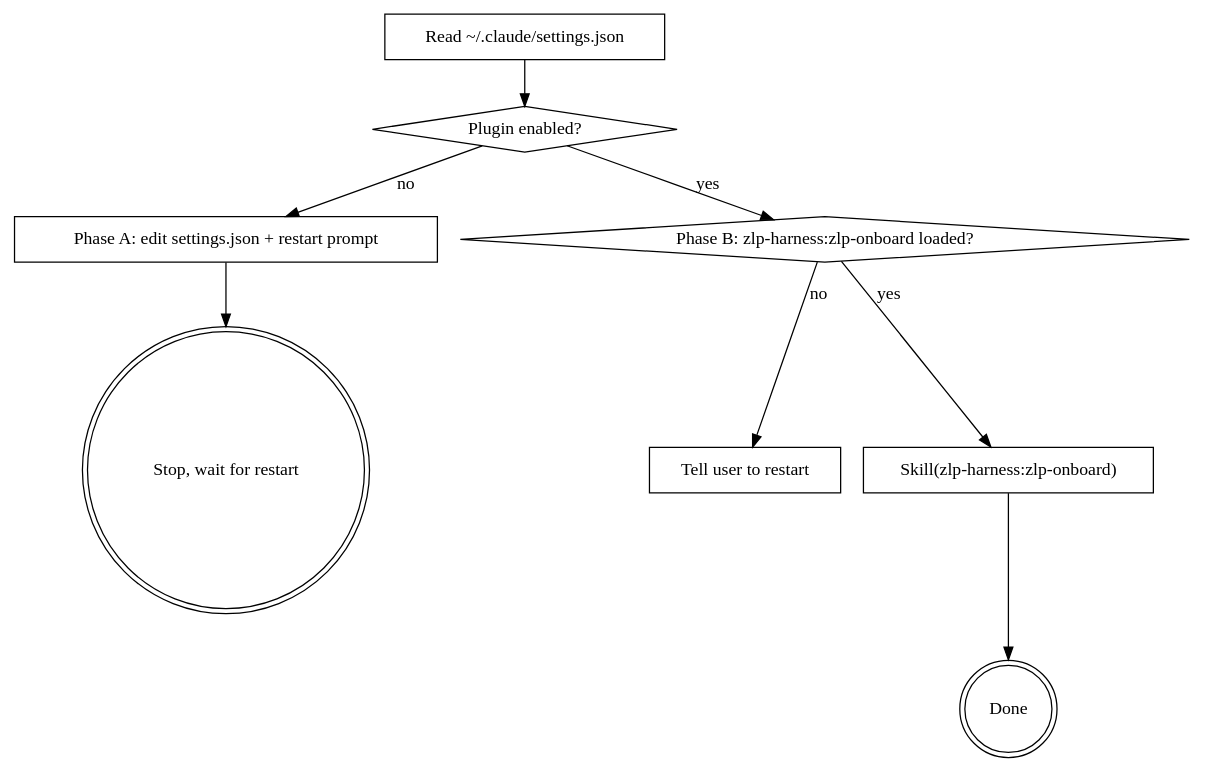
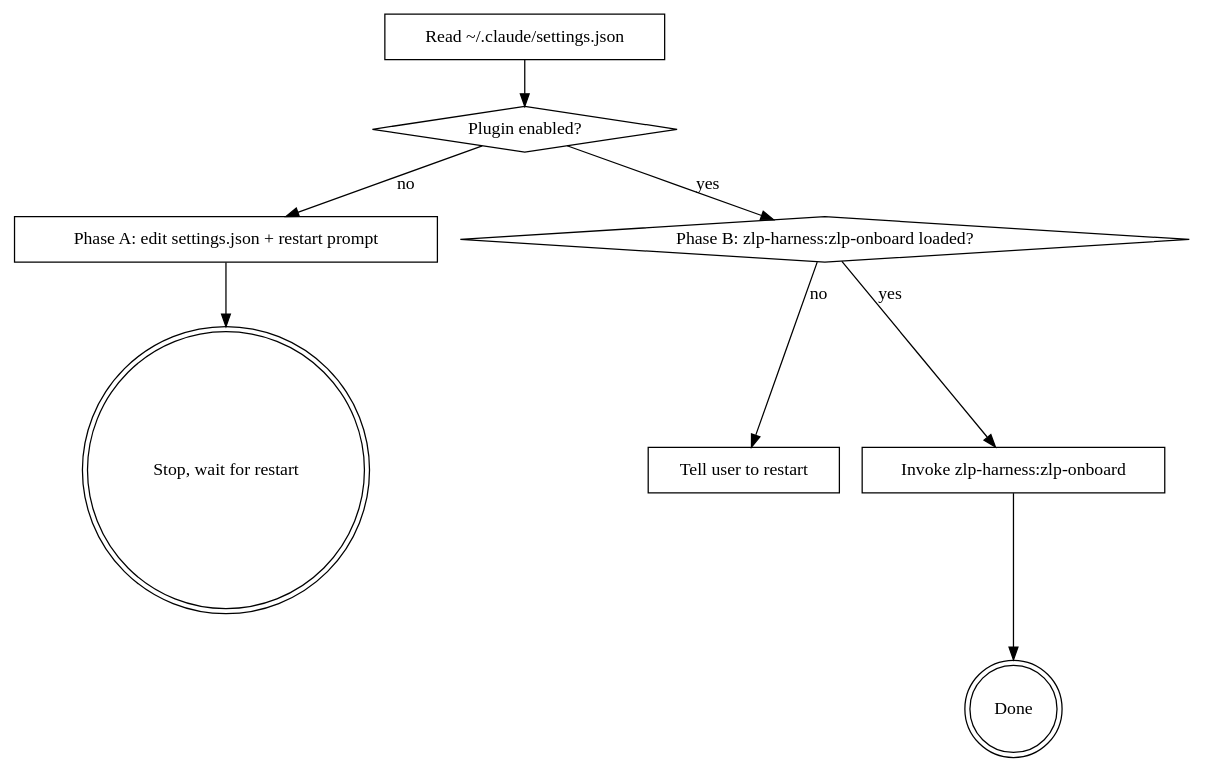
The diagram in skills/init-harness/templates/skills/onboard/SKILL.md (GiggleLiu/zlp-harness), drawn with Graphviz before and after one commit. The commit also changed other lines of this file and 14 other files, not shown here.

````diff
--- a/skills/init-harness/templates/skills/onboard/SKILL.md
+++ b/skills/init-harness/templates/skills/onboard/SKILL.md
@@ -21,20 +21,20 @@
 ```dot
 digraph onboard_flow {
     "Read ~/.claude/settings.json" [shape=box];
     "Plugin enabled?" [shape=diamond];
     "Phase A: edit settings.json + restart prompt" [shape=box];
     "Stop, wait for restart" [shape=doublecircle];
     "Phase B: zlp-harness:zlp-onboard loaded?" [shape=diamond];
     "Tell user to restart" [shape=box];
-    "Skill(zlp-harness:zlp-onboard)" [shape=box];
+    "Invoke zlp-harness:zlp-onboard" [shape=box];
     "Done" [shape=doublecircle];
 
     "Read ~/.claude/settings.json" -> "Plugin enabled?";
     "Plugin enabled?" -> "Phase A: edit settings.json + restart prompt" [label="no"];
     "Plugin enabled?" -> "Phase B: zlp-harness:zlp-onboard loaded?" [label="yes"];
     "Phase A: edit settings.json + restart prompt" -> "Stop, wait for restart";
     "Phase B: zlp-harness:zlp-onboard loaded?" -> "Tell user to restart" [label="no"];
-    "Phase B: zlp-harness:zlp-onboard loaded?" -> "Skill(zlp-harness:zlp-onboard)" [label="yes"];
-    "Skill(zlp-harness:zlp-onboard)" -> "Done";
+    "Phase B: zlp-harness:zlp-onboard loaded?" -> "Invoke zlp-harness:zlp-onboard" [label="yes"];
+    "Invoke zlp-harness:zlp-onboard" -> "Done";
 }
 ```
````
